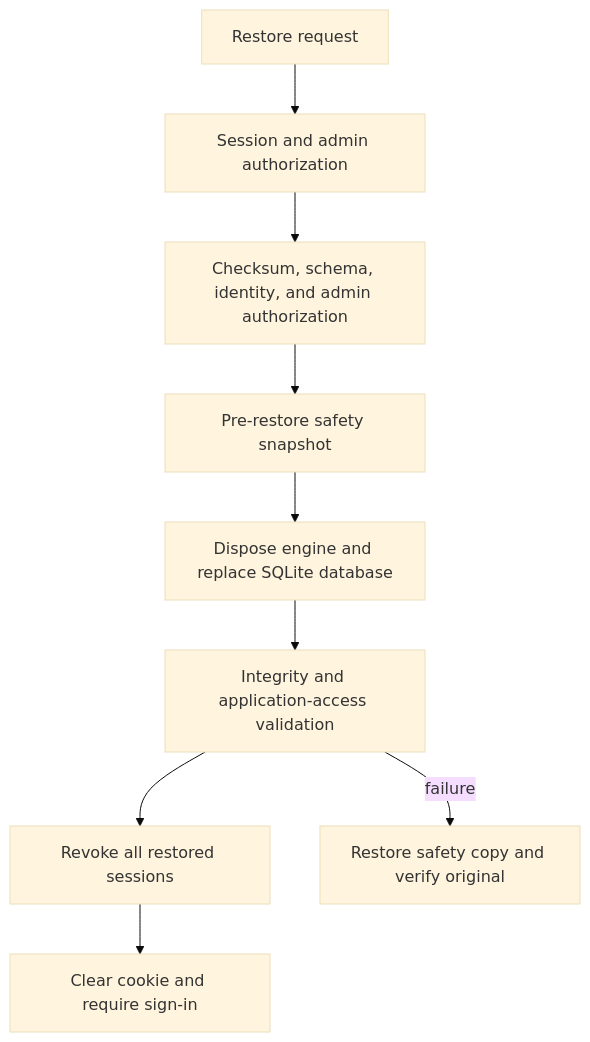
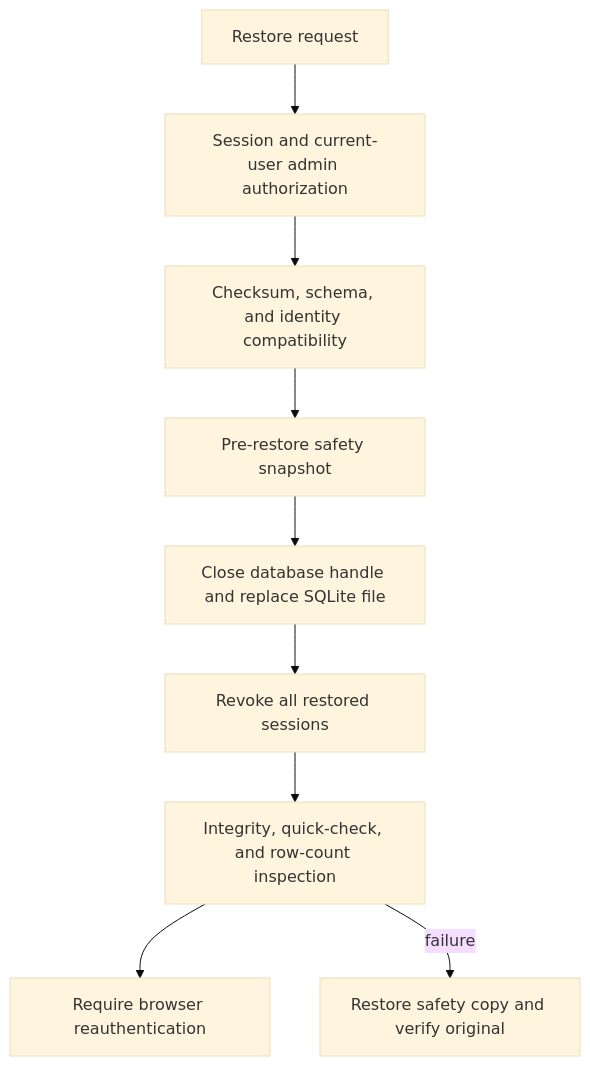
The diagram in docs/security/backup-restore.md (daoistmadness/operatoros), drawn with Mermaid (base theme) before and after one commit. The commit also changed other lines of this file and 16 other files, not shown here.

First line of the commit message:
docs: reconcile backup, schema, and deployment guidance

````diff
--- a/docs/security/backup-restore.md
+++ b/docs/security/backup-restore.md
@@ -83,11 +91,11 @@
 ```mermaid
 flowchart TD
-  Request["Restore request"] --> Auth["Session and admin authorization"]
-  Auth --> Validate["Checksum, schema, identity, and admin authorization"]
+  Request["Restore request"] --> Auth["Session and current-user admin authorization"]
+  Auth --> Validate["Checksum, schema, and identity compatibility"]
   Validate --> Snapshot["Pre-restore safety snapshot"]
-  Snapshot --> Replace["Dispose engine and replace SQLite database"]
-  Replace --> Verify["Integrity and application-access validation"]
-  Verify --> Revoke["Revoke all restored sessions"]
-  Revoke --> Login["Clear cookie and require sign-in"]
+  Snapshot --> Replace["Close database handle and replace SQLite file"]
+  Replace --> Revoke["Revoke all restored sessions"]
+  Revoke --> Verify["Integrity, quick-check, and row-count inspection"]
+  Verify --> Login["Require browser reauthentication"]
   Verify -->|"failure"| Rollback["Restore safety copy and verify original"]
 ```
````
